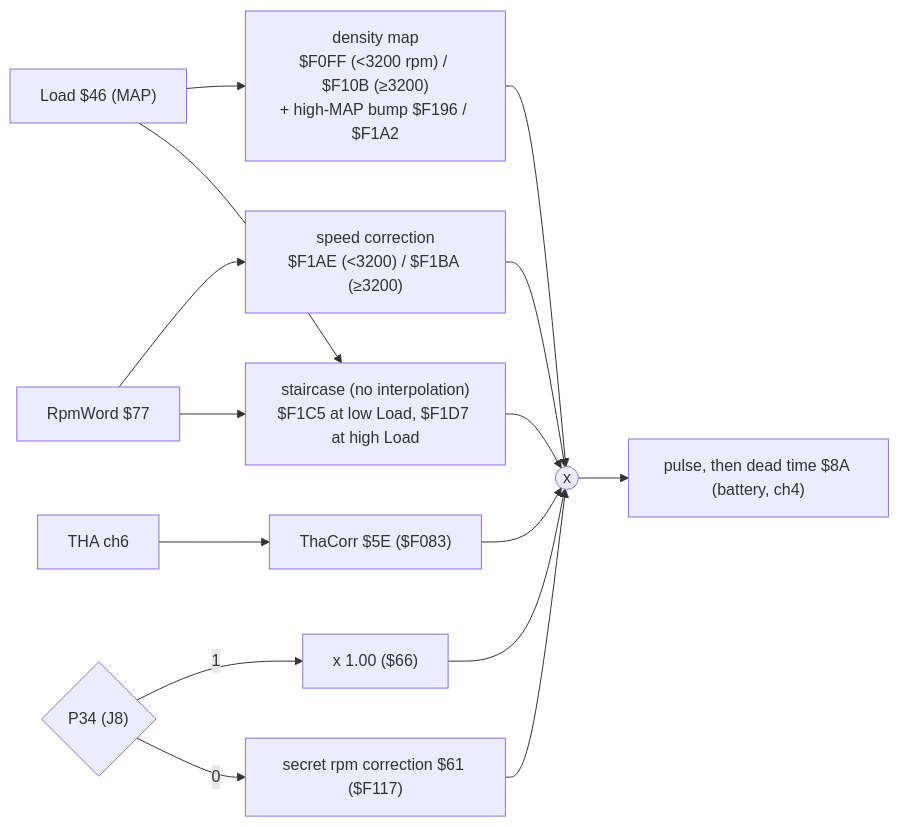
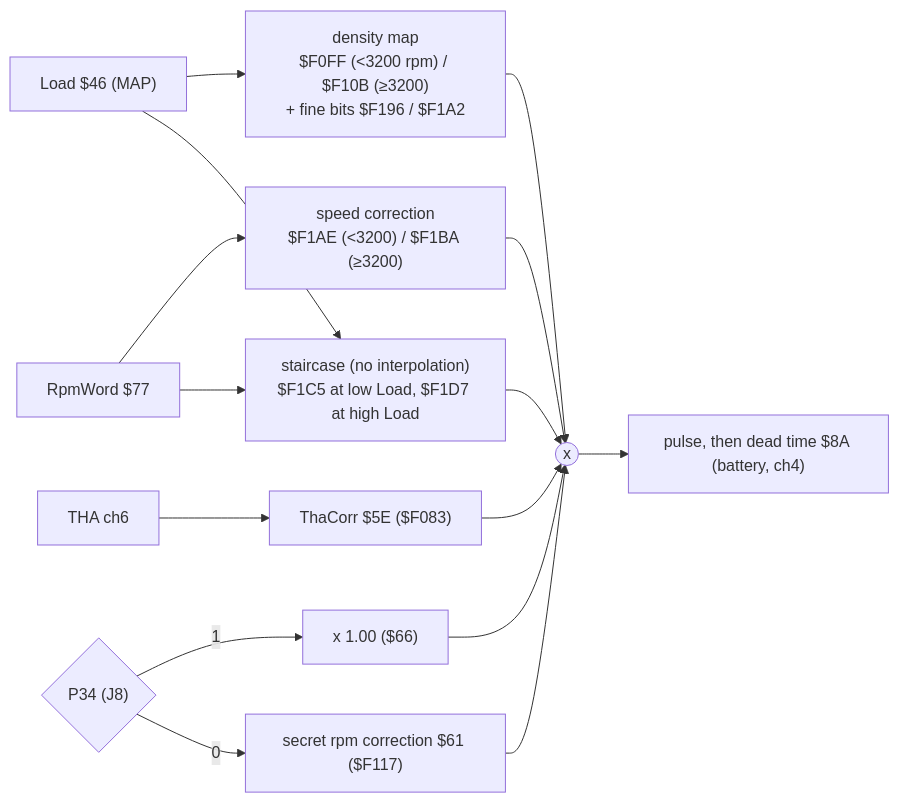
Before and after one commit to kurt-culley/Toyota-PCM-hacking: the diagram in docs/mr2/maps.md, drawn with Mermaid. The commit also changed other lines of this file and 4 other files, not shown here.

````diff
--- a/docs/mr2/maps.md
+++ b/docs/mr2/maps.md
@@ -91,17 +97,17 @@
 ```mermaid
 flowchart LR
-  MAP["Load $46 (MAP)"] --> DEN["density map<br/>$F0FF (&lt;3200 rpm) / $F10B (&ge;3200)<br/>+ high-MAP bump $F196 / $F1A2"]
+  MAP["Load $46 (MAP)"] --> DEN["density map<br/>$F0FF (&lt;3200 rpm) / $F10B (&ge;3200)<br/>+ fine bits $F196 / $F1A2"]
   RPM["RpmWord $77"] --> SPD["speed correction<br/>$F1AE (&lt;3200) / $F1BA (&ge;3200)"]
   RPM --> STAIR["staircase (no interpolation)<br/>$F1C5 at low Load, $F1D7 at high Load"]
   MAP --> STAIR
   THA["THA ch6"] --> TC["ThaCorr $5E ($F083)"]
   P34{"P34 (J8)"} -->|1| FIX["x 1.00 ($66)"]
   P34 -->|0| SEC["secret rpm correction $61 ($F117)"]
   DEN --> MUL(("x"))
   SPD --> MUL
   STAIR --> MUL
   TC --> MUL
   FIX --> MUL
   SEC --> MUL
   MUL --> PW["pulse, then dead time $8A (battery, ch4)"]
 ```
````
